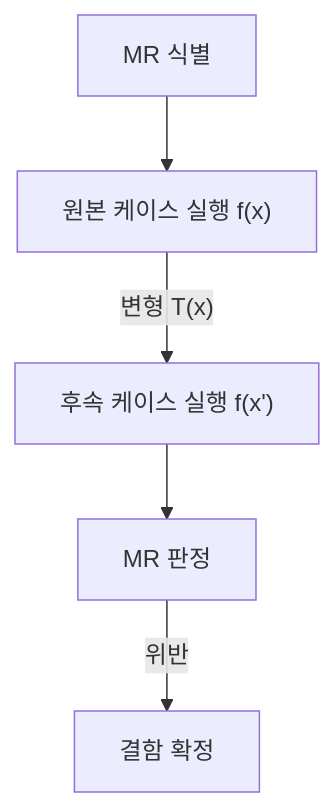
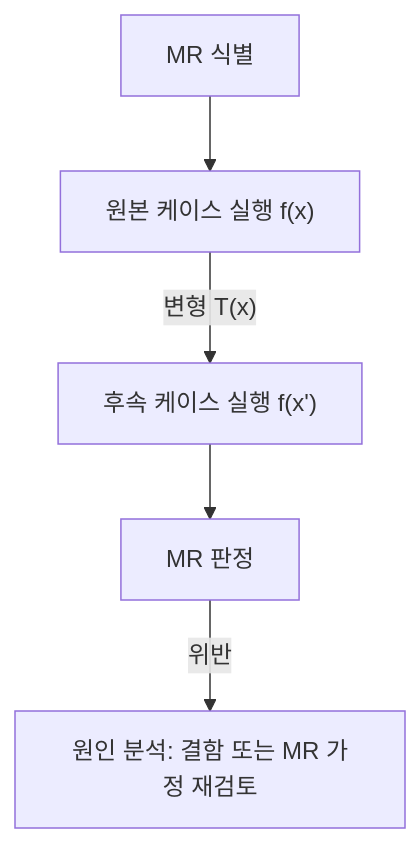
One commit to agnusdei1207/study changed the second of 2 diagrams in src/content/docs/notes/itpe/02-software-engineering/030_metamorphic_test.md. Above: the diagram before and after it, drawn with Mermaid. The commit also changed other lines of this file and 9 other files, not shown here.

````diff
--- a/src/content/docs/notes/itpe/02-software-engineering/030_metamorphic_test.md
+++ b/src/content/docs/notes/itpe/02-software-engineering/030_metamorphic_test.md
@@ -88,7 +88,7 @@
 ```mermaid
 flowchart TB
     A["MR 식별"] --> B["원본 케이스 실행 f(x)"]
     B -->|"변형 T(x)"| C["후속 케이스 실행 f(x')"]
     C --> D["MR 판정"]
-    D -->|위반| E["결함 확정"]
+    D -->|"위반"| E["원인 분석: 결함 또는 MR 가정 재검토"]
 ```
````
